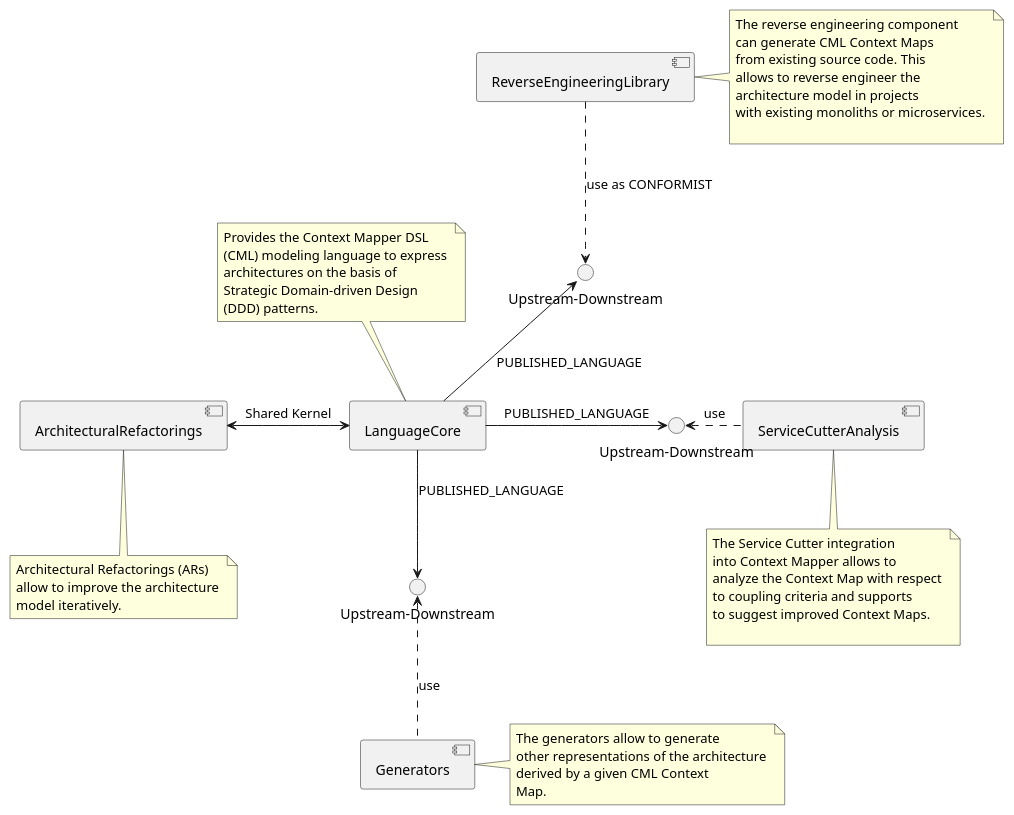
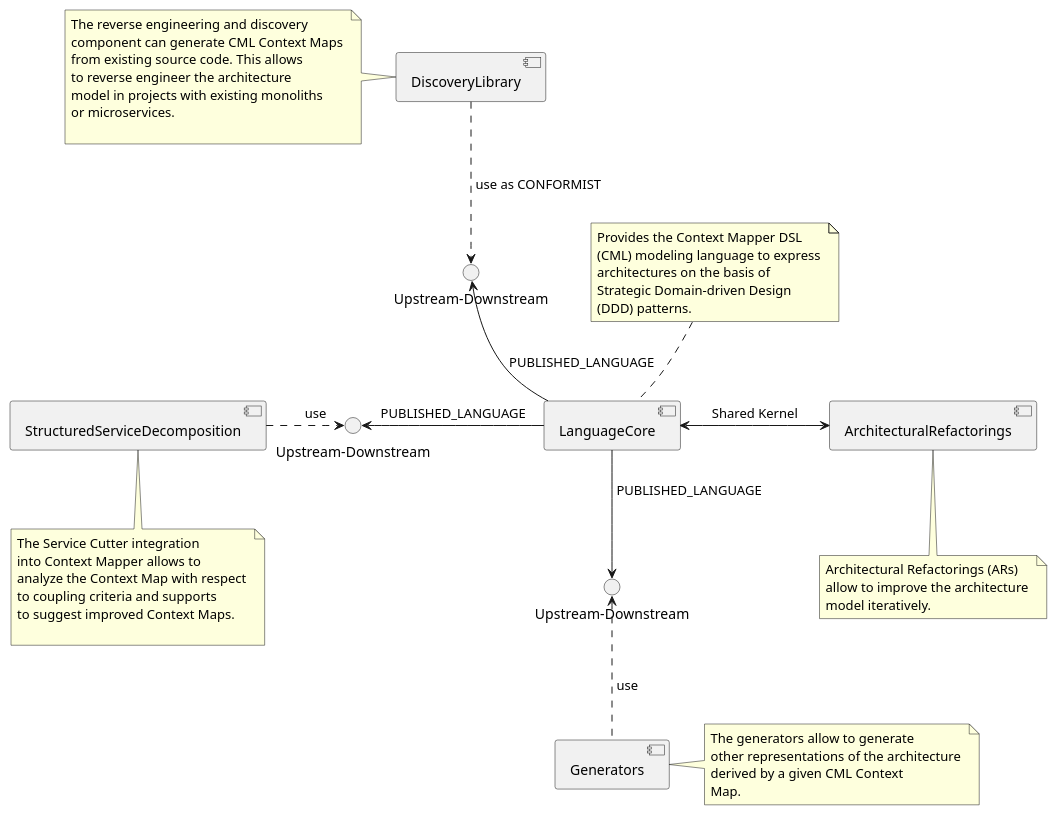
One commit to ContextMapper/context-mapper-examples changed the diagram in src/main/cml/context-mapper-example/images/ContextMapper-Example-Simple_ComponentDiagram.puml. Above: the diagram before and after it, drawn with PlantUML. The commit also changed 4 other files, not shown here.

Commit message:
Update Context Mapper example (component names)

```diff
--- a/src/main/cml/context-mapper-example/images/ContextMapper-Example-Simple_ComponentDiagram.puml
+++ b/src/main/cml/context-mapper-example/images/ContextMapper-Example-Simple_ComponentDiagram.puml
@@ -1,62 +1,62 @@
 @startuml
 skinparam componentStyle uml2
 
 component [LanguageCore]
 note top of [LanguageCore]
 Provides the Context Mapper DSL 
 (CML) modeling language to express 
 architectures on the basis of 
 Strategic Domain-driven Design 
 (DDD) patterns. 
 end note
 
 component [ArchitecturalRefactorings]
 note bottom of [ArchitecturalRefactorings]
 Architectural Refactorings (ARs) 
 allow to improve the architecture 
 model iteratively. 
 end note
 
-component [ServiceCutterAnalysis]
-note bottom of [ServiceCutterAnalysis]
+component [StructuredServiceDecomposition]
+note bottom of [StructuredServiceDecomposition]
 The Service Cutter integration 
 into Context Mapper allows to 
 analyze the Context Map with respect 
 to coupling criteria and supports 
 to suggest improved Context Maps. 
 
 end note
 
-component [ReverseEngineeringLibrary]
-note right of [ReverseEngineeringLibrary]
-The reverse engineering component 
-can generate CML Context Maps 
-from existing source code. This 
-allows to reverse engineer the 
-architecture model in projects 
-with existing monoliths or microservices. 
+component [DiscoveryLibrary]
+note left of [DiscoveryLibrary]
+The reverse engineering and discovery 
+component can generate CML Context Maps 
+from existing source code. This allows 
+to reverse engineer the architecture 
+model in projects with existing monoliths 
+or microservices. 
 
 end note
 
 component [Generators]
 note right of [Generators]
 The generators allow to generate 
 other representations of the architecture 
 derived by a given CML Context 
 Map. 
 end note
 
-interface "Upstream-Downstream" as ReverseEngineeringLibrary_to_LanguageCore
-[LanguageCore] -up-> ReverseEngineeringLibrary_to_LanguageCore : PUBLISHED_LANGUAGE
-[ReverseEngineeringLibrary] ..> ReverseEngineeringLibrary_to_LanguageCore : use as CONFORMIST
+interface "Upstream-Downstream" as DiscoveryLibrary_to_LanguageCore
+[LanguageCore] -up-> DiscoveryLibrary_to_LanguageCore : PUBLISHED_LANGUAGE
+[DiscoveryLibrary] ..> DiscoveryLibrary_to_LanguageCore : " use as CONFORMIST"
 
-[ArchitecturalRefactorings] <-> [LanguageCore] : Shared Kernel
+interface "Upstream-Downstream" as StructuredServiceDecomposition_to_LanguageCore
+[LanguageCore] -left-> StructuredServiceDecomposition_to_LanguageCore : PUBLISHED_LANGUAGE
+[StructuredServiceDecomposition] .> StructuredServiceDecomposition_to_LanguageCore : "      use" 
 
-interface "Upstream-Downstream" as ServiceCutterAnalysis_to_LanguageCore
-[LanguageCore] -right-> ServiceCutterAnalysis_to_LanguageCore : PUBLISHED_LANGUAGE
-ServiceCutterAnalysis_to_LanguageCore <. [ServiceCutterAnalysis] : use 
+[LanguageCore] <-> [ArchitecturalRefactorings] : "    Shared Kernel    "
 
 interface "Upstream-Downstream" as Generators_to_LanguageCore
-[LanguageCore] -down-> Generators_to_LanguageCore : PUBLISHED_LANGUAGE
-Generators_to_LanguageCore <.. [Generators] : use
+[LanguageCore] -down-> Generators_to_LanguageCore : " PUBLISHED_LANGUAGE"
+Generators_to_LanguageCore <.. [Generators] : " use"
 @enduml
```
